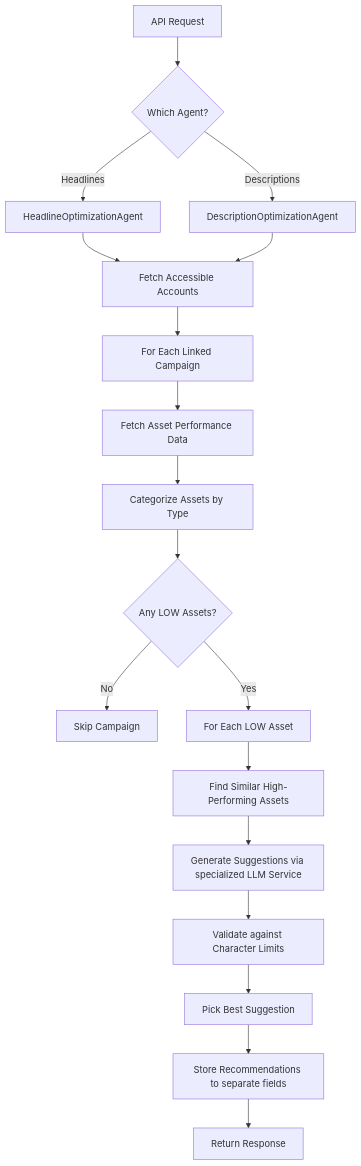
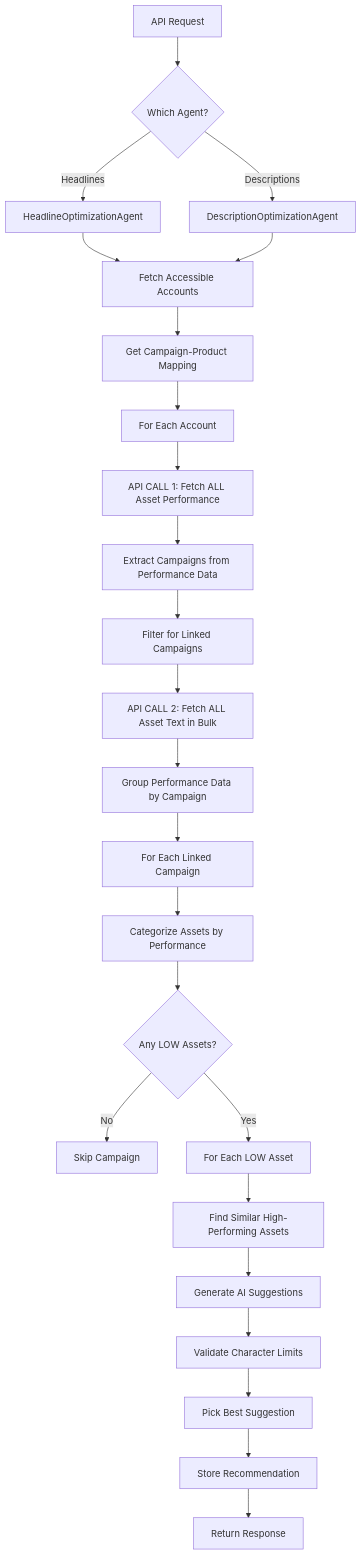
Before and after one commit to modlix-india/Adzump-AI: the diagram in docs/asset_optimization_service.md, drawn with Mermaid. The commit also changed other lines of this file and 3 other files, not shown here.

Commit message:
feat: Implement bulk asset and performance data fetching for optimization agents to improve processing efficiency.

````diff
--- a/docs/asset_optimization_service.md
+++ b/docs/asset_optimization_service.md
@@ -31,23 +31,32 @@
 ```mermaid
 graph TD
     A[API Request] --> B{Which Agent?}
     B -->|Headlines| C[HeadlineOptimizationAgent]
     B -->|Descriptions| D[DescriptionOptimizationAgent]
     
     C & D --> E[Fetch Accessible Accounts]
-    E --> F[For Each Linked Campaign]
-    F --> G[Fetch Asset Performance Data]
-    G --> H[Categorize Assets by Type]
-    H --> I{Any LOW Assets?}
+    E --> F[Get Campaign-Product Mapping]
+    F --> G[For Each Account]
     
-    I -->|No| J[Skip Campaign]
-    I -->|Yes| K[For Each LOW Asset]
+    G --> H[API CALL 1: Fetch ALL Asset Performance]
+    H --> I[Extract Campaigns from Performance Data]
+    I --> J[Filter for Linked Campaigns]
     
-    K --> L[Find Similar High-Performing Assets]
-    L --> M[Generate Suggestions via specialized LLM Service]
-    M --> N[Validate against Character Limits]
-    N --> O[Pick Best Suggestion]
+    J --> K[API CALL 2: Fetch ALL Asset Text in Bulk]
+    K --> L[Group Performance Data by Campaign]
     
-    O --> P[Store Recommendations to separate fields]
-    P --> Q[Return Response]
+    L --> M[For Each Linked Campaign]
+    M --> N[Categorize Assets by Performance]
+    N --> O{Any LOW Assets?}
+    
+    O -->|No| P[Skip Campaign]
+    O -->|Yes| Q[For Each LOW Asset]
+    
+    Q --> R[Find Similar High-Performing Assets]
+    R --> S[Generate AI Suggestions]
+    S --> T[Validate Character Limits]
+    T --> U[Pick Best Suggestion]
+    
+    U --> V[Store Recommendation]
+    V --> W[Return Response]
 ```
````
